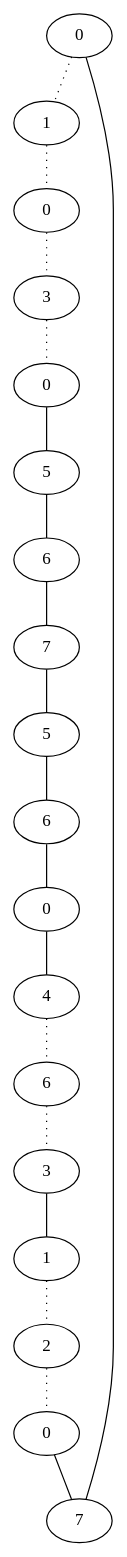
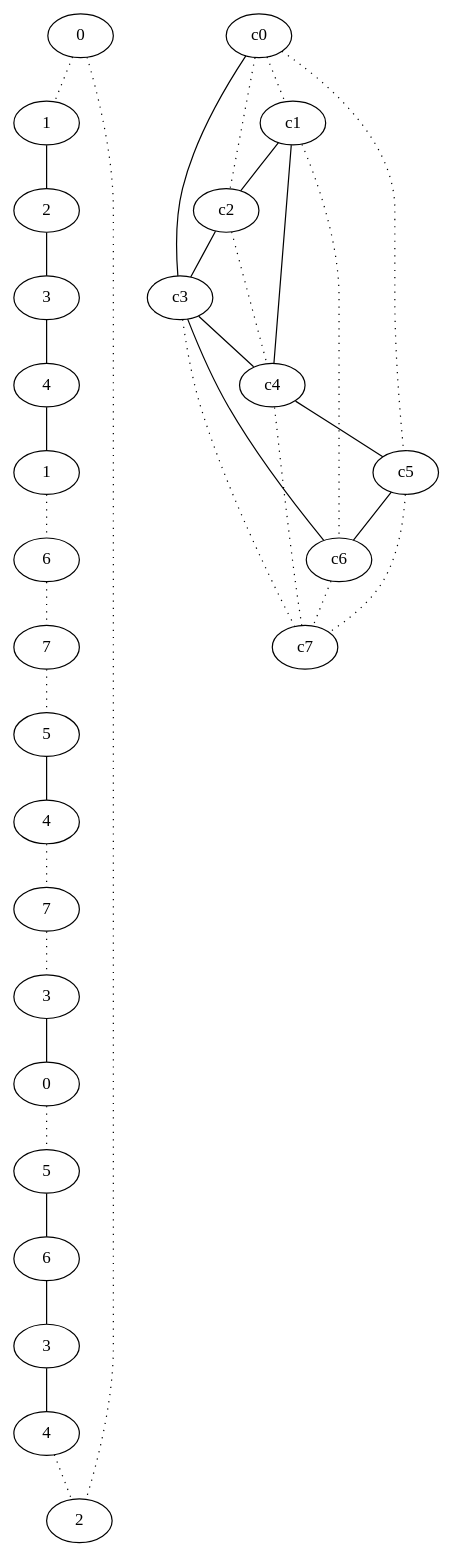
Before and after one commit to d1laj/Stage-M2: the diagram in TestPathsfactorised/result/dot/cycle_18_8_s.dot, drawn with Graphviz. The commit also changed 7499 other files, not shown here.

```diff
--- a/TestPathsfactorised/result/dot/cycle_18_8_s.dot
+++ b/TestPathsfactorised/result/dot/cycle_18_8_s.dot
@@ -1,38 +1,55 @@
 graph {
 a0[label=0];
 a1[label=1];
-a2[label=0];
+a2[label=2];
 a3[label=3];
-a4[label=0];
-a5[label=5];
+a4[label=4];
+a5[label=1];
 a6[label=6];
 a7[label=7];
 a8[label=5];
-a9[label=6];
-a10[label=0];
-a11[label=4];
-a12[label=6];
-a13[label=3];
-a14[label=1];
-a15[label=2];
-a16[label=0];
-a17[label=7];
+a9[label=4];
+a10[label=7];
+a11[label=3];
+a12[label=0];
+a13[label=5];
+a14[label=6];
+a15[label=3];
+a16[label=4];
+a17[label=2];
 a0 -- a1 [style=dotted];
-a0 -- a17;
-a1 -- a2 [style=dotted];
-a2 -- a3 [style=dotted];
-a3 -- a4 [style=dotted];
+a0 -- a17 [style=dotted];
+a1 -- a2;
+a2 -- a3;
+a3 -- a4;
 a4 -- a5;
-a5 -- a6;
-a6 -- a7;
-a7 -- a8;
+a5 -- a6 [style=dotted];
+a6 -- a7 [style=dotted];
+a7 -- a8 [style=dotted];
 a8 -- a9;
-a9 -- a10;
-a10 -- a11;
-a11 -- a12 [style=dotted];
+a9 -- a10 [style=dotted];
+a10 -- a11 [style=dotted];
+a11 -- a12;
 a12 -- a13 [style=dotted];
 a13 -- a14;
-a14 -- a15 [style=dotted];
-a15 -- a16 [style=dotted];
-a16 -- a17;
+a14 -- a15;
+a15 -- a16;
+a16 -- a17 [style=dotted];
+c0 -- c1 [style=dotted];
+c0 -- c2 [style=dotted];
+c0 -- c3;
+c0 -- c5 [style=dotted];
+c1 -- c2;
+c1 -- c4;
+c1 -- c6 [style=dotted];
+c2 -- c3;
+c2 -- c4 [style=dotted];
+c3 -- c4;
+c3 -- c6;
+c3 -- c7 [style=dotted];
+c4 -- c5;
+c4 -- c7 [style=dotted];
+c5 -- c6;
+c5 -- c7 [style=dotted];
+c6 -- c7 [style=dotted];
 }
```
